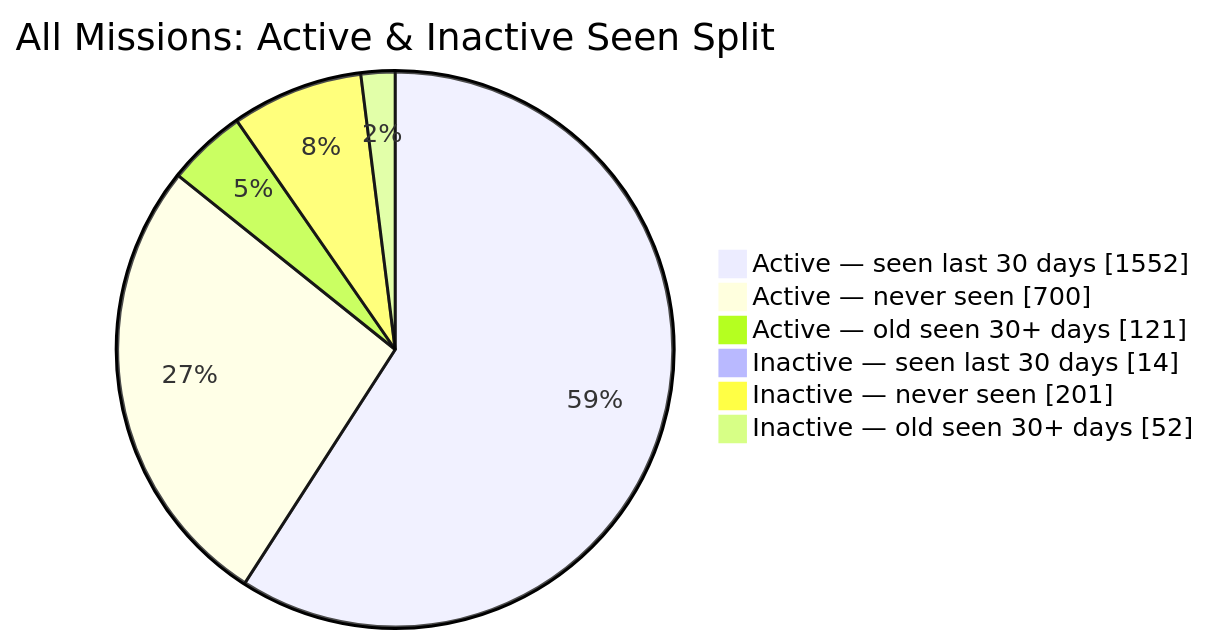
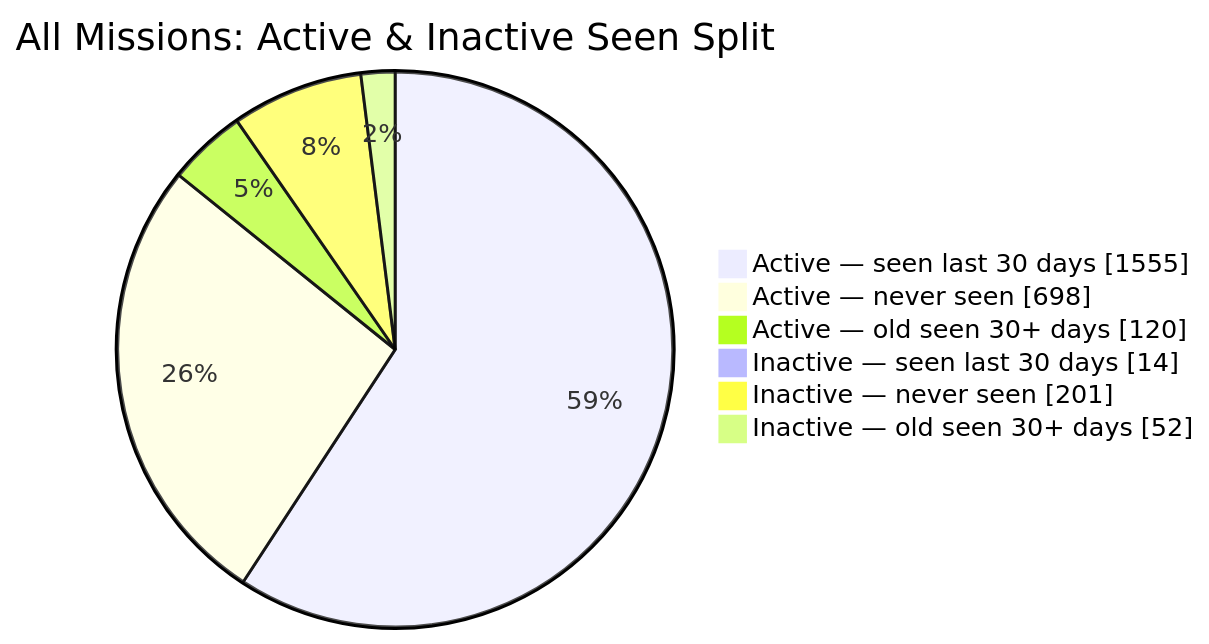
One commit to MeldkamerspelGameTeam/active-missions changed the second of 2 diagrams in README.md. Above: the diagram before and after it, drawn with Mermaid. The commit also changed other lines of this file and 3 other files, not shown here.

````diff
--- a/README.md
+++ b/README.md
@@ -44,10 +44,10 @@
 ```mermaid
 pie showData
     title All Missions: Active & Inactive Seen Split
-    "Active — seen last 30 days" : 1552
-    "Active — never seen" : 700
-    "Active — old seen 30+ days" : 121
+    "Active — seen last 30 days" : 1555
+    "Active — never seen" : 698
+    "Active — old seen 30+ days" : 120
     "Inactive — seen last 30 days" : 14
     "Inactive — never seen" : 201
     "Inactive — old seen 30+ days" : 52
 ```
````
